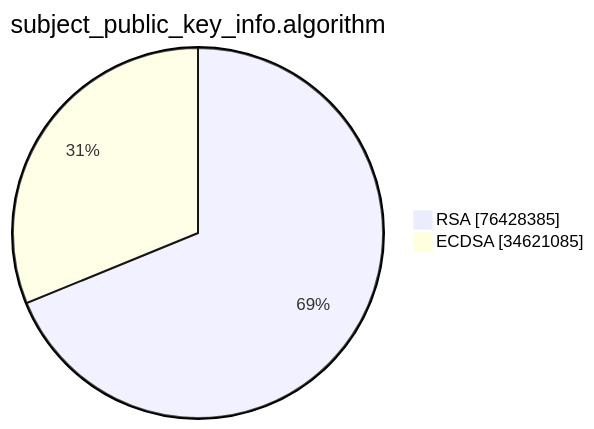
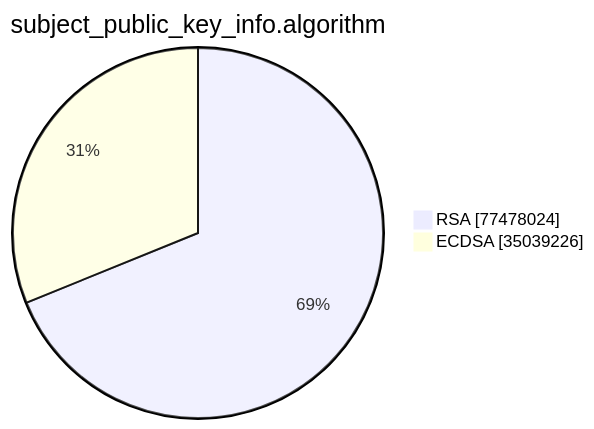
The second of 15 diagrams in xenon2023/README.md (christiankrug/ctmonitor_visualization), drawn with Mermaid before and after one commit. The commit also changed other lines of this file, not shown here.

````diff
--- a/xenon2023/README.md
+++ b/xenon2023/README.md
@@ -6,6 +6,6 @@
 ```mermaid
 pie showData
 title subject_public_key_info.algorithm
-"RSA" :76428385
-"ECDSA" :34621085
+"RSA" :77478024
+"ECDSA" :35039226
 ```
````
